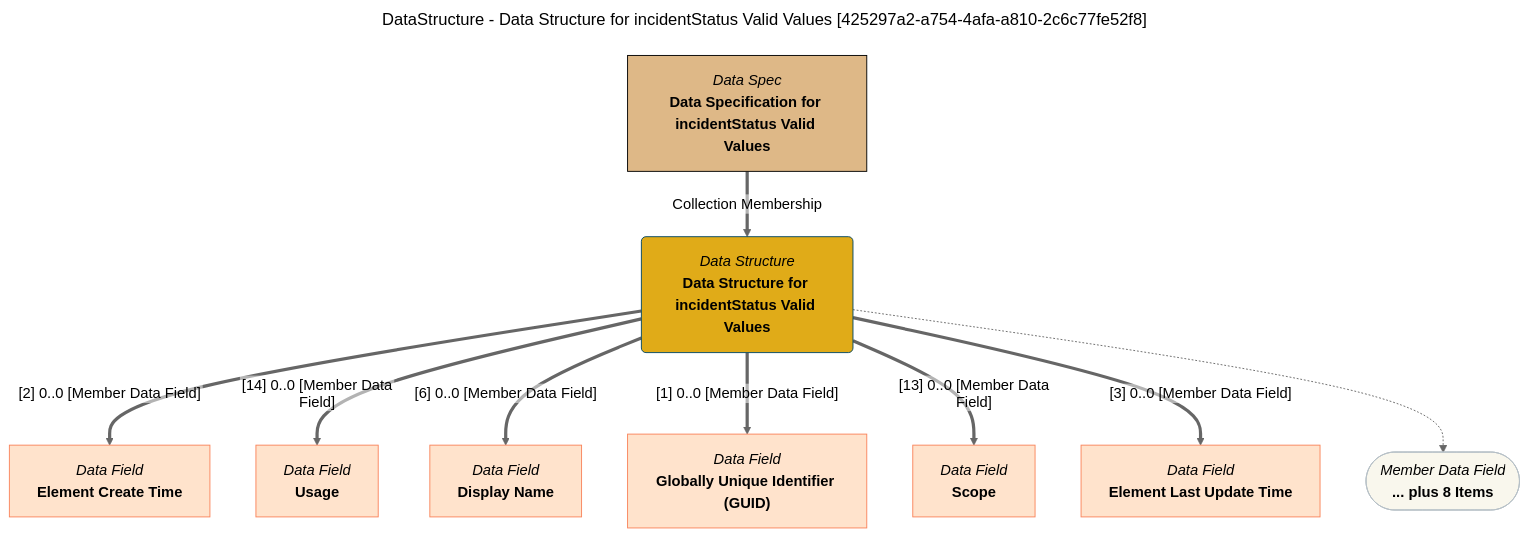
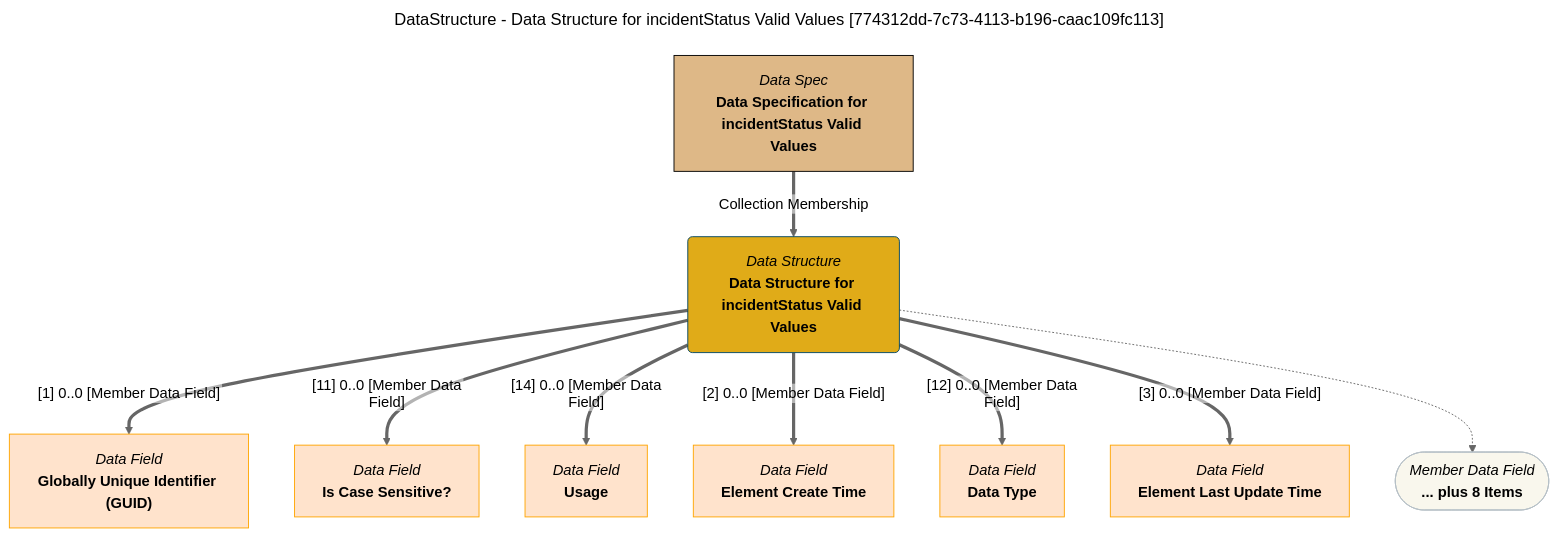
Before and after one commit to odpi/egeria-docs: the diagram in site/snippets/data-structures/data-structure-for-incidentstatus-valid-values-mermaid-graph.md, drawn with Mermaid (neutral theme). The commit also changed 2201 other files, not shown here.

````diff
--- a/site/snippets/data-structures/data-structure-for-incidentstatus-valid-values-mermaid-graph.md
+++ b/site/snippets/data-structures/data-structure-for-incidentstatus-valid-values-mermaid-graph.md
@@ -1,43 +1,43 @@
 ```mermaid
 ---
-title: DataStructure - Data Structure for incidentStatus Valid Values [425297a2-a754-4afa-a810-2c6c77fe52f8]
+title: DataStructure - Data Structure for incidentStatus Valid Values [774312dd-7c73-4113-b196-caac109fc113]
 ---
 flowchart TD
 %%{init: {"flowchart": {"htmlLabels": false}} }%%
 
 1@{ shape: rounded, label: "*Data Structure*
 **Data Structure for incidentStatus Valid Values**"}
 2@{ shape: rect, label: "*Data Spec*
 **Data Specification for incidentStatus Valid Values**"}
 2==>|"Collection Membership"|1
 3@{ shape: rect, label: "*Data Field*
+**Globally Unique Identifier (GUID)**"}
+1==>|"[1] 0..0 [Member Data Field]"|3
+4@{ shape: rect, label: "*Data Field*
+**Is Case Sensitive?**"}
+1==>|"[11] 0..0 [Member Data Field]"|4
+5@{ shape: rect, label: "*Data Field*
+**Usage**"}
+1==>|"[14] 0..0 [Member Data Field]"|5
+6@{ shape: rect, label: "*Data Field*
 **Element Create Time**"}
-1==>|"[2] 0..0 [Member Data Field]"|3
-4@{ shape: rect, label: "*Data Field*
-**Usage**"}
-1==>|"[14] 0..0 [Member Data Field]"|4
-5@{ shape: rect, label: "*Data Field*
-**Display Name**"}
-1==>|"[6] 0..0 [Member Data Field]"|5
-6@{ shape: rect, label: "*Data Field*
-**Globally Unique Identifier (GUID)**"}
-1==>|"[1] 0..0 [Member Data Field]"|6
+1==>|"[2] 0..0 [Member Data Field]"|6
 7@{ shape: rect, label: "*Data Field*
-**Scope**"}
-1==>|"[13] 0..0 [Member Data Field]"|7
+**Data Type**"}
+1==>|"[12] 0..0 [Member Data Field]"|7
 8@{ shape: rect, label: "*Data Field*
 **Element Last Update Time**"}
 1==>|"[3] 0..0 [Member Data Field]"|8
 9@{ shape: stadium, label: "*Member Data Field*
 **... plus 8 Items**"}
 1-.->9
 style 1 color:#000000, fill:#e0ab18, stroke:#004563
-style 2 color:#000000, fill:#deb887, stroke:#000000
-style 3 color:#000000, fill:#ffe3cc, stroke:#f9845b
-style 4 color:#000000, fill:#ffe3cc, stroke:#f9845b
-style 5 color:#000000, fill:#ffe3cc, stroke:#f9845b
-style 6 color:#000000, fill:#ffe3cc, stroke:#f9845b
-style 7 color:#000000, fill:#ffe3cc, stroke:#f9845b
-style 8 color:#000000, fill:#ffe3cc, stroke:#f9845b
+style 2 color:#000000, fill:#DEB887, stroke:#000000
+style 3 color:#000000, fill:#ffe3cc, stroke:#FFA500
+style 4 color:#000000, fill:#ffe3cc, stroke:#FFA500
+style 5 color:#000000, fill:#ffe3cc, stroke:#FFA500
+style 6 color:#000000, fill:#ffe3cc, stroke:#FFA500
+style 7 color:#000000, fill:#ffe3cc, stroke:#FFA500
+style 8 color:#000000, fill:#ffe3cc, stroke:#FFA500
 style 9 color:#000000, fill:#F9F7ED, stroke:#b7c0c7
 ```
````
